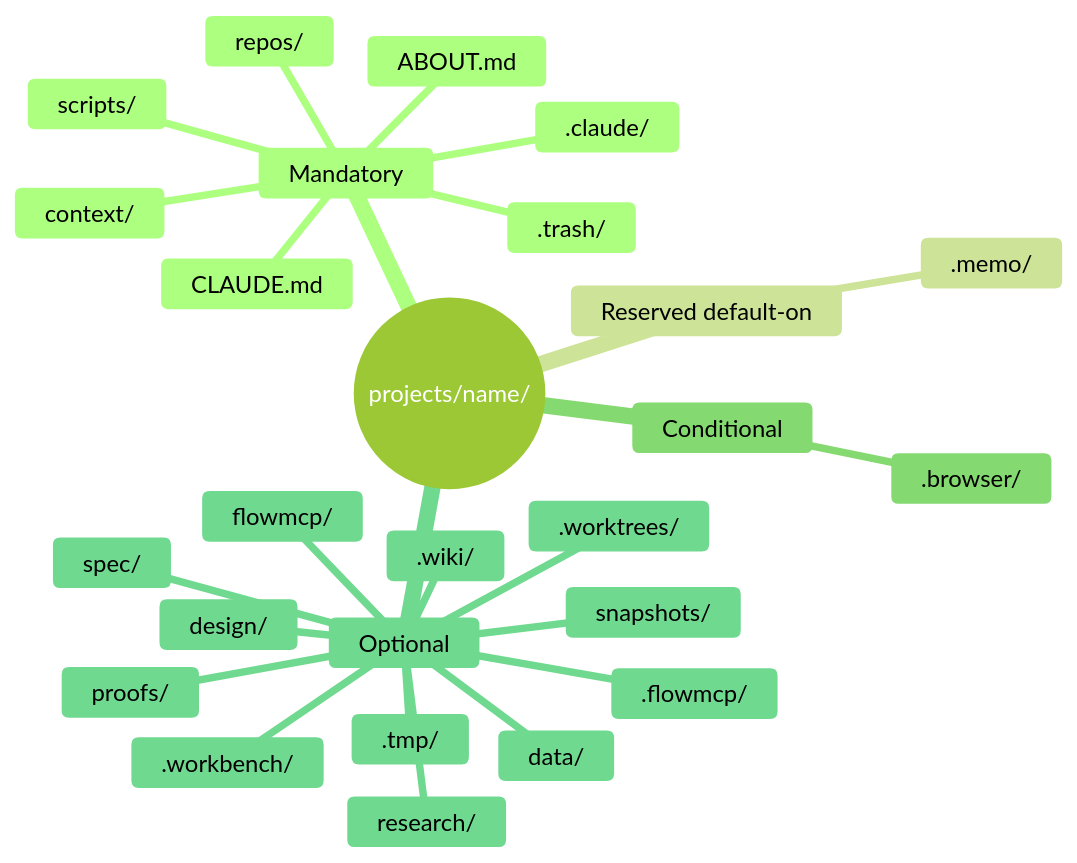
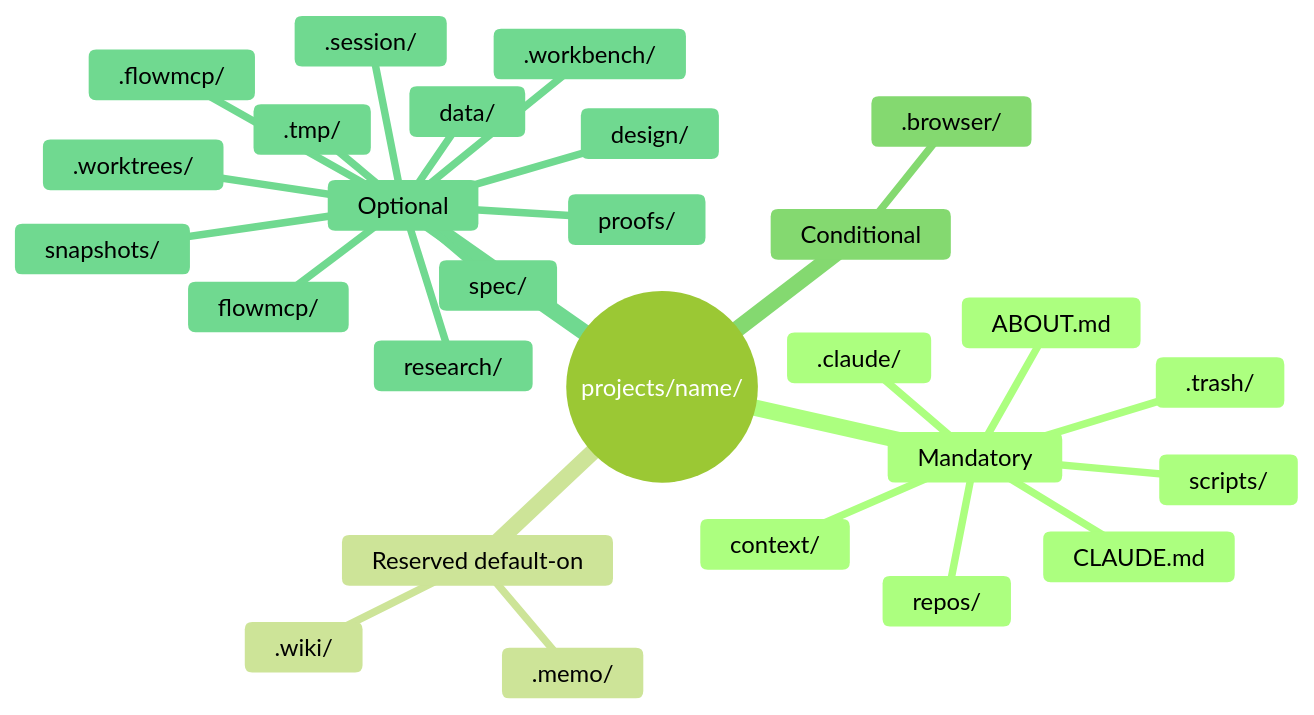
Before and after one commit to Memo-Init/spec: the first of 2 diagrams in workbench/0.2.0/dist/spec/12-folders.md, drawn with Mermaid (forest theme). The commit also changed other lines of this file and 88 other files, not shown here.

````diff
--- a/workbench/0.2.0/dist/spec/12-folders.md
+++ b/workbench/0.2.0/dist/spec/12-folders.md
@@ -70,29 +71,30 @@
 ```mermaid
 mindmap
   root((projects/name/))
     Mandatory
       .claude/
       .trash/
       ABOUT.md
       CLAUDE.md
       context/
       repos/
       scripts/
     Reserved default-on
       .memo/
+      .wiki/
     Conditional
       .browser/
     Optional
       .flowmcp/
+      .session/
       .tmp/
-      .wiki/
       .workbench/
       .worktrees/
       data/
       design/
       flowmcp/
       proofs/
       research/
       snapshots/
       spec/
 ```
````
